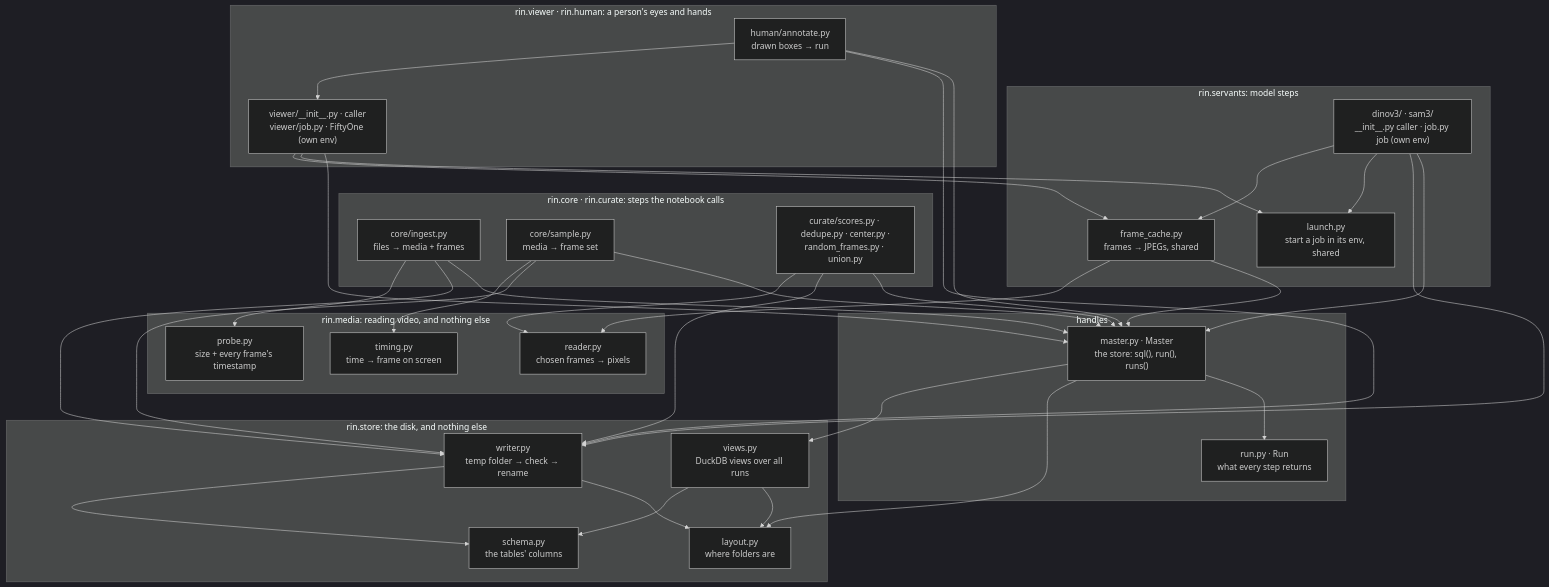
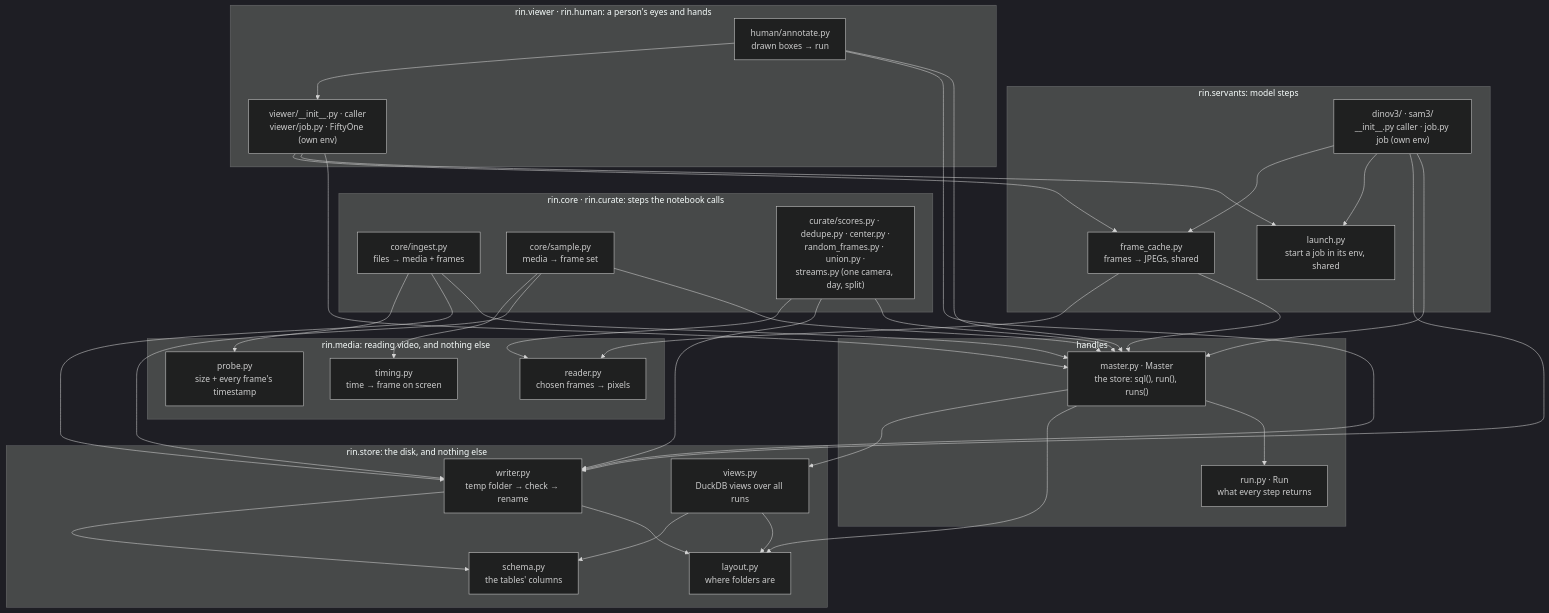
The diagram in docs/core.md (cupcakes04/Rin), drawn with Mermaid (dark theme) before and after one commit. The commit also changed other lines of this file and 21 other files, not shown here.

````diff
--- a/docs/core.md
+++ b/docs/core.md
@@ -89,43 +91,43 @@
 ```mermaid
 flowchart TB
     subgraph steps["rin.core · rin.curate: steps the notebook calls"]
       ING["core/ingest.py<br/>files → media + frames"]
       SAM["core/sample.py<br/>media → frame set"]
-      CUR["curate/scores.py · dedupe.py · center.py ·<br/>random_frames.py · union.py"]
+      CUR["curate/scores.py · dedupe.py · center.py ·<br/>random_frames.py · union.py ·<br/>streams.py (one camera, day, split)"]
     end
     subgraph servants["rin.servants: model steps"]
       DIN["dinov3/ · sam3/<br/>__init__.py caller · job.py job (own env)"]
       FC["frame_cache.py<br/>frames → JPEGs, shared"]
       LAU["launch.py<br/>start a job in its env, shared"]
     end
     subgraph people["rin.viewer · rin.human: a person's eyes and hands"]
       VW["viewer/__init__.py · caller<br/>viewer/job.py · FiftyOne (own env)"]
       HU["human/annotate.py<br/>drawn boxes → run"]
     end
     subgraph handles["handles"]
       MAS["master.py · Master<br/>the store: sql(), run(), runs()"]
       RUN["run.py · Run<br/>what every step returns"]
     end
     subgraph store["rin.store: the disk, and nothing else"]
       LAY["layout.py<br/>where folders are"]
       SCH["schema.py<br/>the tables' columns"]
       WRI["writer.py<br/>temp folder → check → rename"]
       VIE["views.py<br/>DuckDB views over all runs"]
     end
     subgraph media["rin.media: reading video, and nothing else"]
       PRO["probe.py<br/>size + every frame's timestamp"]
       TIM["timing.py<br/>time → frame on screen"]
       REA["reader.py<br/>chosen frames → pixels"]
     end
     ING --> PRO & WRI & MAS
     SAM --> TIM & WRI & MAS
     CUR --> REA & WRI & MAS
     DIN --> FC & LAU & WRI & MAS
     VW --> FC & LAU & MAS
     HU --> VW & WRI & MAS
     FC --> REA & MAS
     MAS --> VIE & LAY
     MAS --> RUN
     WRI --> SCH & LAY
     VIE --> SCH & LAY
 ```
````
